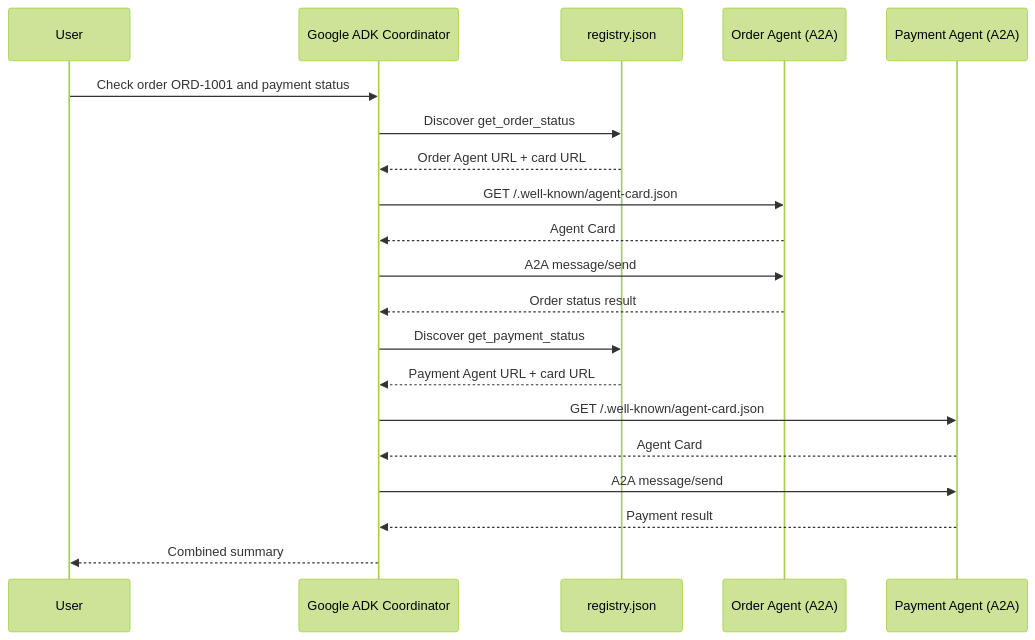
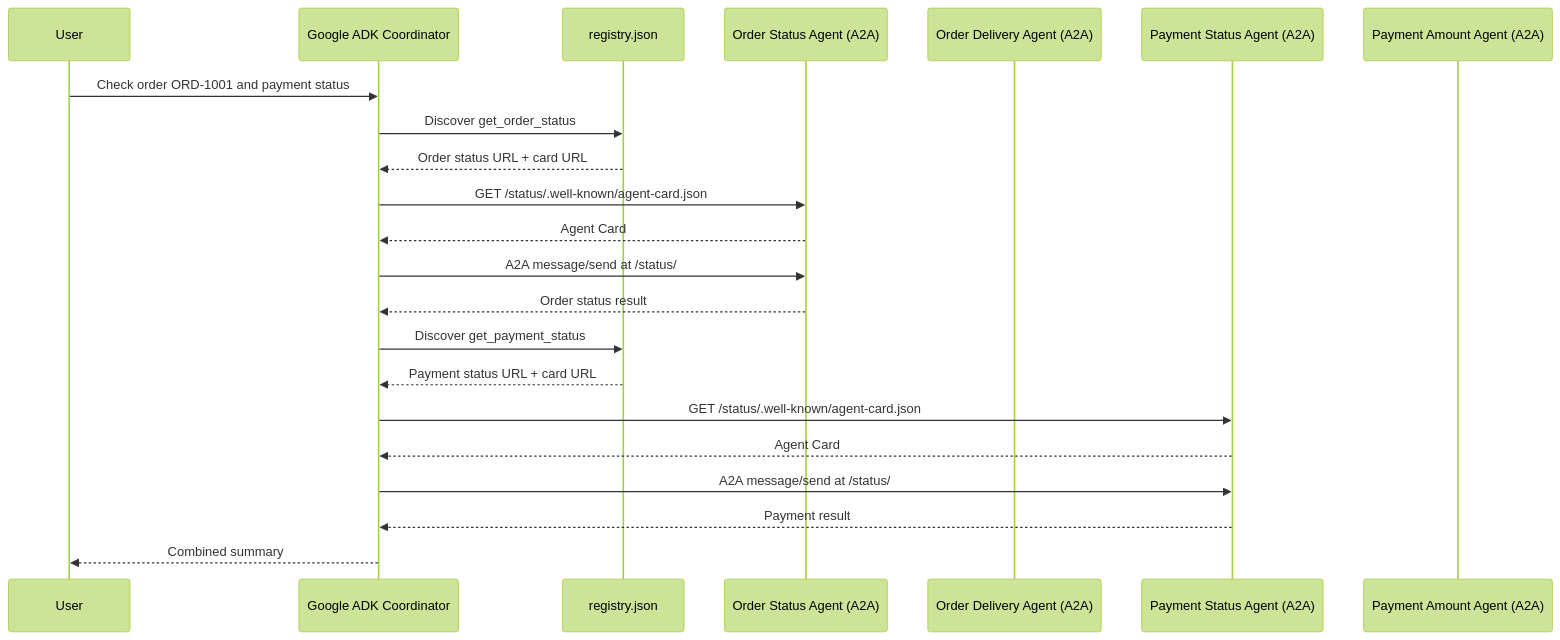
The diagram in docs/TECHNICAL_DESIGN.md (veerababu289/Basic_A2A_Protocol_Setup), drawn with Mermaid (forest theme) before and after one commit. The commit also changed other lines of this file and 10 other files, not shown here.

````diff
--- a/docs/TECHNICAL_DESIGN.md
+++ b/docs/TECHNICAL_DESIGN.md
@@ -44,23 +48,25 @@
 ```mermaid
 sequenceDiagram
     participant U as User
     participant C as Google ADK Coordinator
     participant R as registry.json
-    participant O as Order Agent (A2A)
-    participant P as Payment Agent (A2A)
+    participant OS as Order Status Agent (A2A)
+    participant OD as Order Delivery Agent (A2A)
+    participant PS as Payment Status Agent (A2A)
+    participant PA as Payment Amount Agent (A2A)
 
     U->>C: Check order ORD-1001 and payment status
     C->>R: Discover get_order_status
-    R-->>C: Order Agent URL + card URL
-    C->>O: GET /.well-known/agent-card.json
-    O-->>C: Agent Card
-    C->>O: A2A message/send
-    O-->>C: Order status result
+    R-->>C: Order status URL + card URL
+    C->>OS: GET /status/.well-known/agent-card.json
+    OS-->>C: Agent Card
+    C->>OS: A2A message/send at /status/
+    OS-->>C: Order status result
     C->>R: Discover get_payment_status
-    R-->>C: Payment Agent URL + card URL
-    C->>P: GET /.well-known/agent-card.json
-    P-->>C: Agent Card
-    C->>P: A2A message/send
-    P-->>C: Payment result
+    R-->>C: Payment status URL + card URL
+    C->>PS: GET /status/.well-known/agent-card.json
+    PS-->>C: Agent Card
+    C->>PS: A2A message/send at /status/
+    PS-->>C: Payment result
     C-->>U: Combined summary
 ```
````
